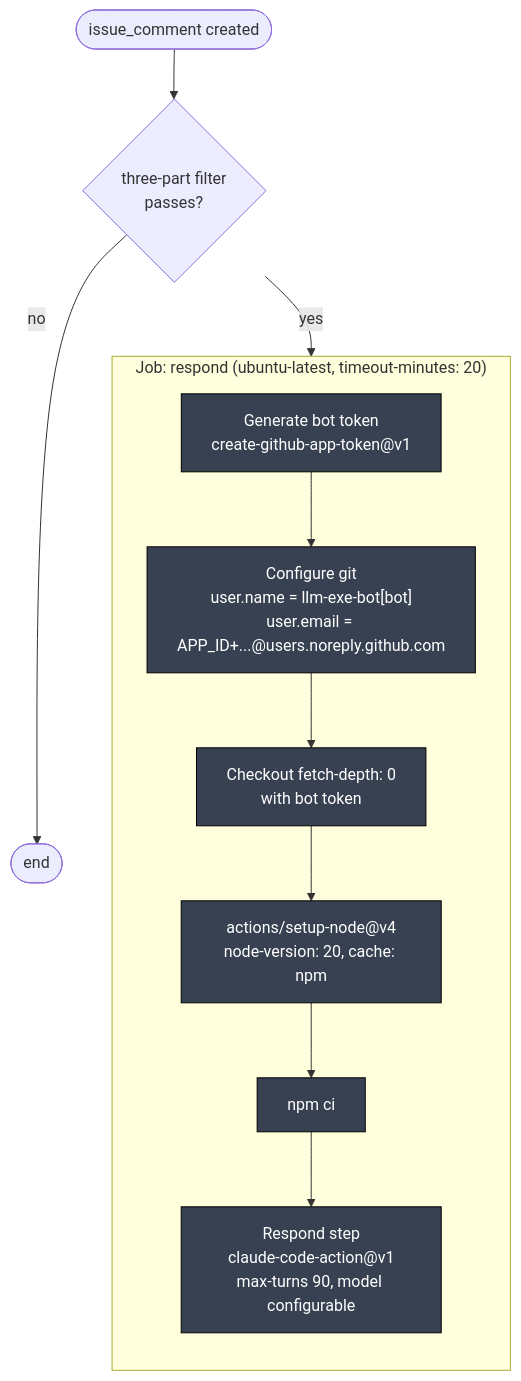
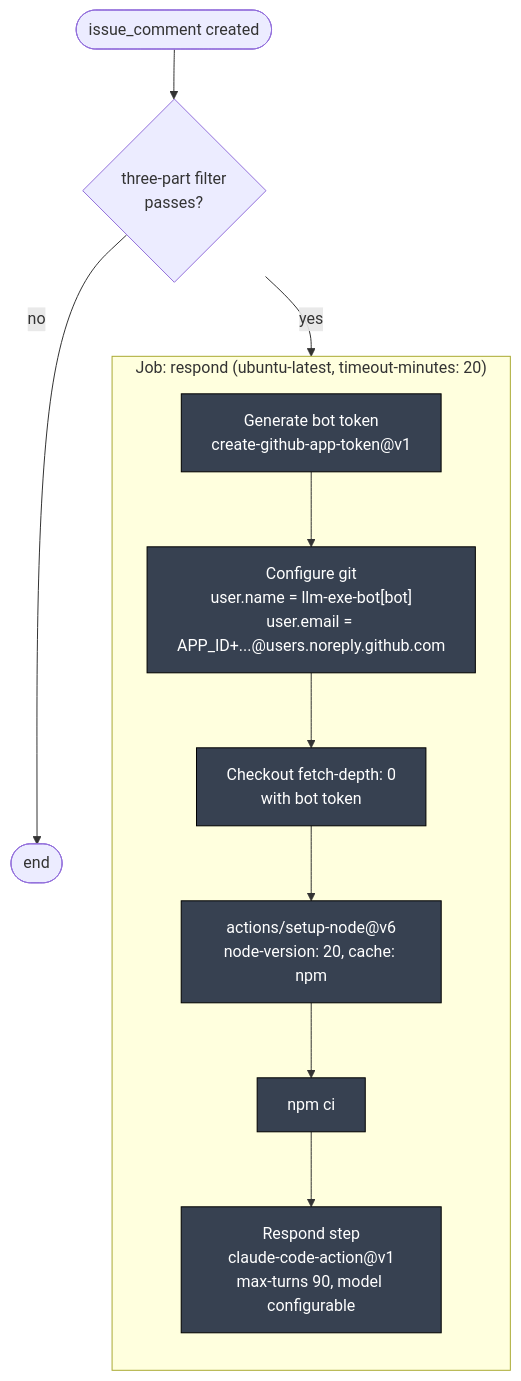
One commit to llm-exe/llm-exe changed the third of 13 diagrams in .github/docs/BOT_RESPOND_DEEP_DIVE.md. Above: the diagram before and after it, drawn with Mermaid. The commit also changed other lines of this file and 10 other files, not shown here.

Commit message:
chore: update setup-node action to v6 across documentation

````diff
--- a/.github/docs/BOT_RESPOND_DEEP_DIVE.md
+++ b/.github/docs/BOT_RESPOND_DEEP_DIVE.md
@@ -142,21 +142,21 @@
 ```mermaid
 flowchart TB
     classDef job fill:#1e3a8a,color:#fff,stroke:#000
     classDef step fill:#374151,color:#fff,stroke:#000
 
     start([issue_comment created])
     start --> filt{three-part filter\npasses?}
     filt -->|no| stop([end])
     filt -->|yes| J
 
     subgraph J["Job: respond (ubuntu-latest, timeout-minutes: 20)"]
         direction TB
         s1["Generate bot token\ncreate-github-app-token@v1"]:::step
         s2["Configure git\nuser.name = llm-exe-bot[bot]\nuser.email = APP_ID+...@users.noreply.github.com"]:::step
         s3["Checkout fetch-depth: 0\nwith bot token"]:::step
-        s4["actions/setup-node@v4\nnode-version: 20, cache: npm"]:::step
+        s4["actions/setup-node@v6\nnode-version: 20, cache: npm"]:::step
         s5["npm ci"]:::step
         s6["Respond step\nclaude-code-action@v1\nmax-turns 90, model configurable"]:::step
         s1 --> s2 --> s3 --> s4 --> s5 --> s6
     end
 ```
````
